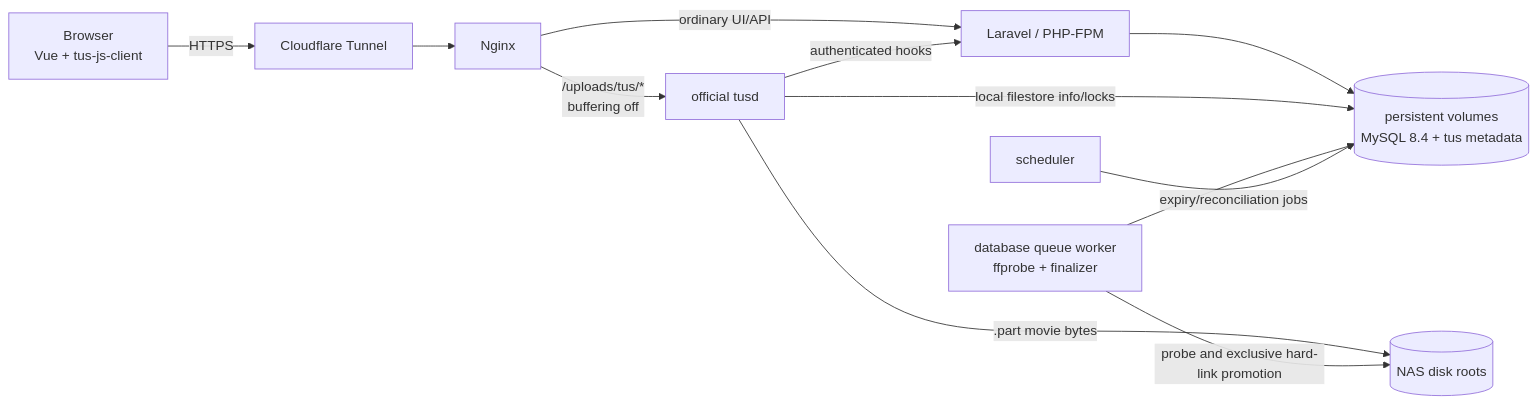
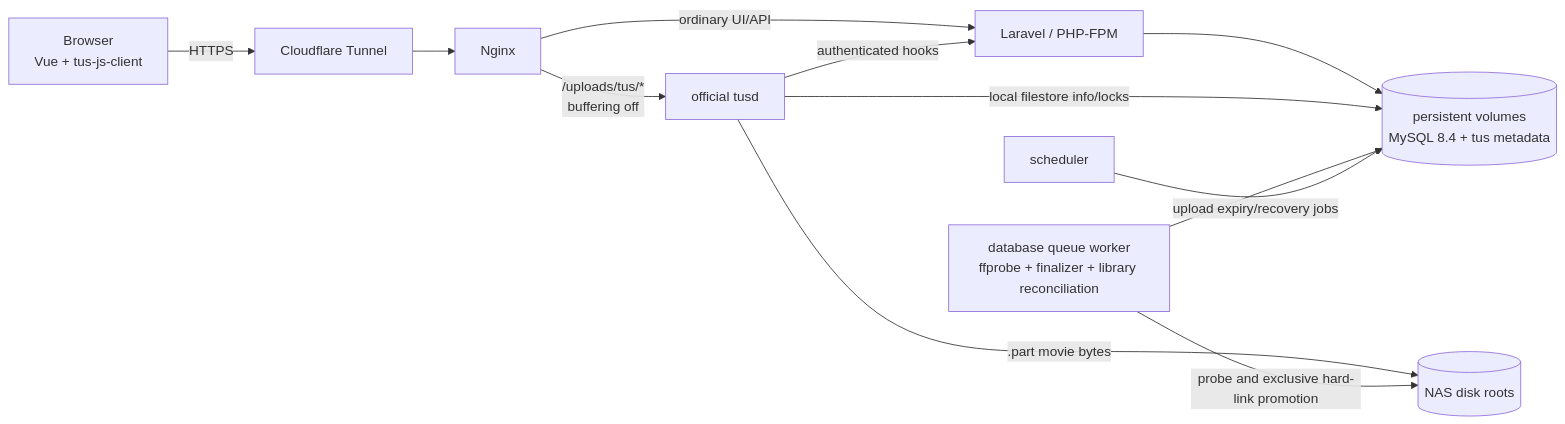
One commit to VaclavKlima/MediaUploadManager changed the first of 3 diagrams in docs/architecture.md. Above: the diagram before and after it, drawn with Mermaid. The commit also changed other lines of this file and 5 other files, not shown here.

Commit message:
Add beta.2 library discovery, reconciliation, and cleanup

````diff
--- a/docs/architecture.md
+++ b/docs/architecture.md
@@ -7,23 +7,23 @@
 ```mermaid
 flowchart LR
     B[Browser<br/>Vue + tus-js-client]
     C[Cloudflare Tunnel]
     N[Nginx]
     A[Laravel / PHP-FPM]
     D[(persistent volumes<br/>MySQL 8.4 + tus metadata)]
     T[official tusd]
-    Q[database queue worker<br/>ffprobe + finalizer]
+    Q[database queue worker<br/>ffprobe + finalizer + library reconciliation]
     S[scheduler]
     NAS[(NAS disk roots)]
 
     B -->|HTTPS| C --> N
     N -->|ordinary UI/API| A
     N -->|/uploads/tus/*<br/>buffering off| T
     A --> D
     T -->|authenticated hooks| A
     T -->|.part movie bytes| NAS
     T -->|local filestore info/locks| D
     Q --> D
     Q -->|probe and exclusive hard-link promotion| NAS
-    S -->|expiry/reconciliation jobs| D
+    S -->|upload expiry/recovery jobs| D
 ```
````
